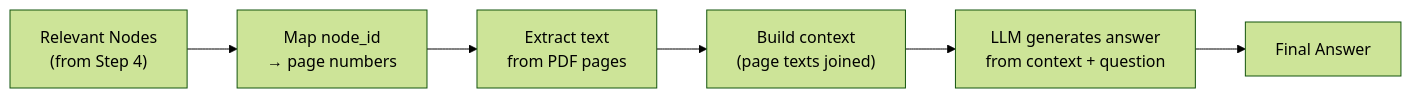
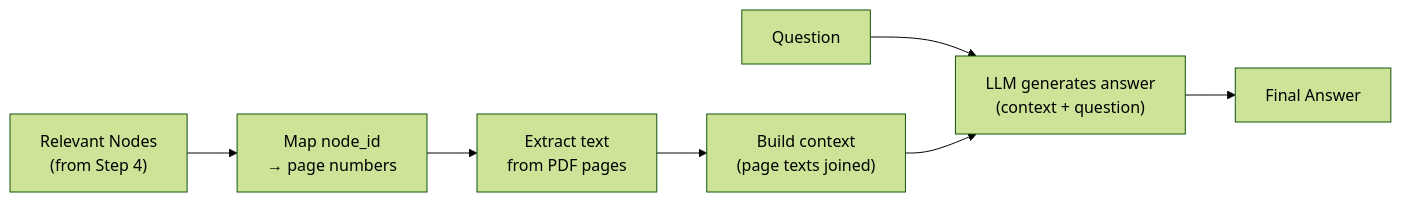
Before and after one commit to AyushSinghRana15/Vectorless-RAG: the fifth of 5 diagrams in lab1/lab1_vectorless_rag.md, drawn with Mermaid (forest theme).

Commit message:
Update Step 5 diagram to show question input to LLM

````diff
--- a/lab1/lab1_vectorless_rag.md
+++ b/lab1/lab1_vectorless_rag.md
@@ -319,8 +319,9 @@
 ```mermaid
 flowchart LR
     A["Relevant Nodes<br/>(from Step 4)"] --> B["Map node_id<br/>→ page numbers"]
     B --> C["Extract text<br/>from PDF pages"]
     C --> D["Build context<br/>(page texts joined)"]
-    D --> E["LLM generates answer<br/>from context + question"]
+    Q["Question"] --> E
+    D --> E["LLM generates answer<br/>(context + question)"]
     E --> F["Final Answer"]
 ```
````
